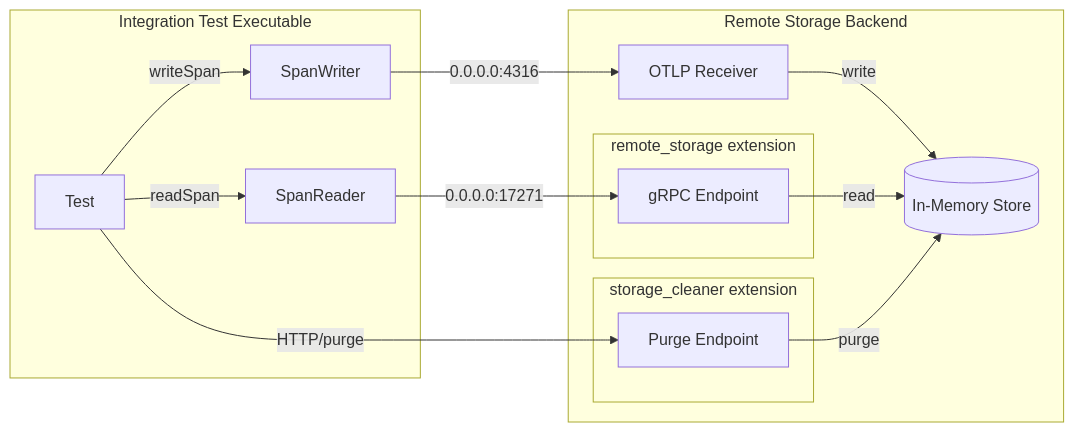
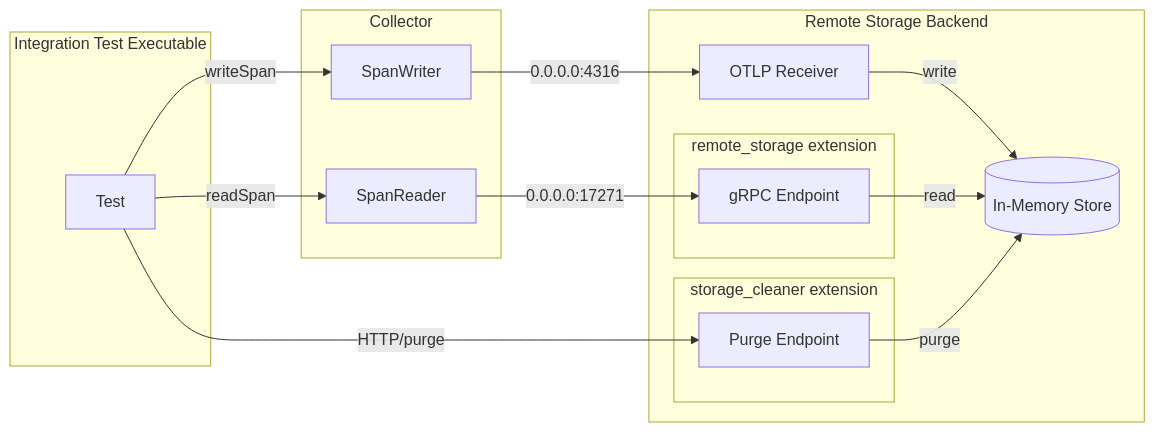
Before and after one commit to jaegertracing/jaeger: the fourth of 4 diagrams in cmd/jaeger/internal/integration/README.md, drawn with Mermaid.

Commit message:
Fix Mermaid Diagram For gRPC Integration Test Setup

````diff
--- a/cmd/jaeger/internal/integration/README.md
+++ b/cmd/jaeger/internal/integration/README.md
@@ -114,27 +114,29 @@
 ``` mermaid
 flowchart LR
 
 Test --> |writeSpan| SpanWriter
 Test --> |HTTP/purge| PurgeEndpoint
 SpanWriter --> |0.0.0.0:4316| OTLP_Receiver
 OTLP_Receiver --> |write| Storage
 Test --> |readSpan| SpanReader
 SpanReader --> |0.0.0.0:17271| RemoteStorageAPI
 RemoteStorageAPI --> |read| Storage
 PurgeEndpoint --> |purge| Storage
 subgraph Integration Test Executable
     Test
+end
+subgraph Collector
     SpanWriter
     SpanReader
 end
 subgraph Remote Storage Backend
     OTLP_Receiver[OTLP Receiver]
     Storage[(In-Memory Store)]
     subgraph remote_storage extension
         RemoteStorageAPI[gRPC Endpoint]
     end
     subgraph storage_cleaner extension
         PurgeEndpoint[Purge Endpoint]
     end
 end
 ```
````
